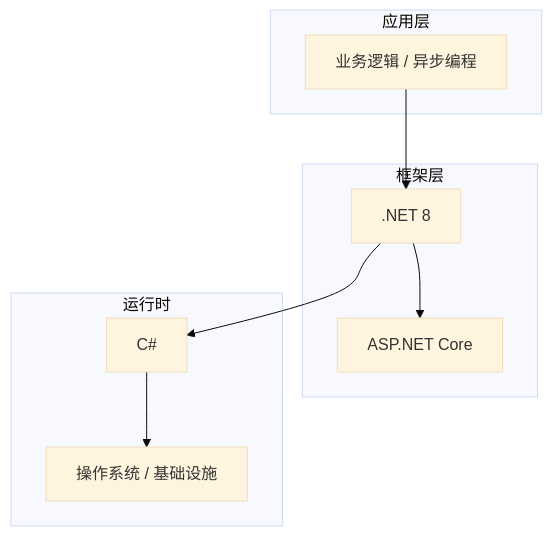
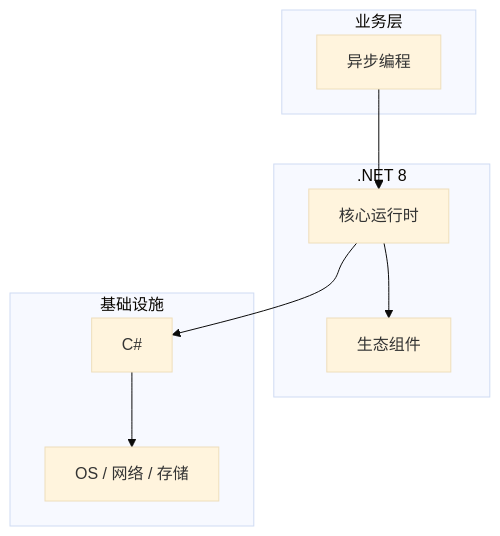
One commit to yanggan2015/knowledge-json-v2 changed the diagram in articles/C#/chapters/043-异步编程核心概念与原理.md. Above: the diagram before and after it, drawn with Mermaid (base theme). The commit also changed other lines of this file and 10127 other files, not shown here.

````diff
--- a/articles/C#/chapters/043-异步编程核心概念与原理.md
+++ b/articles/C#/chapters/043-异步编程核心概念与原理.md
@@ -45,18 +34,18 @@
 ```mermaid
 graph TB
-    subgraph 应用层
-        A[业务逻辑 / 异步编程]
+    subgraph 业务层
+        A[异步编程]
     end
-    subgraph 框架层
-        B[.NET 8]
-        C[ASP.NET Core]
+    subgraph .NET 8
+        B[核心运行时]
+        C[生态组件]
     end
-    subgraph 运行时
+    subgraph 基础设施
         D[C#]
-        E[操作系统 / 基础设施]
+        E[OS / 网络 / 存储]
     end
     A --> B
     B --> C
     B --> D
     D --> E
 ```
````
